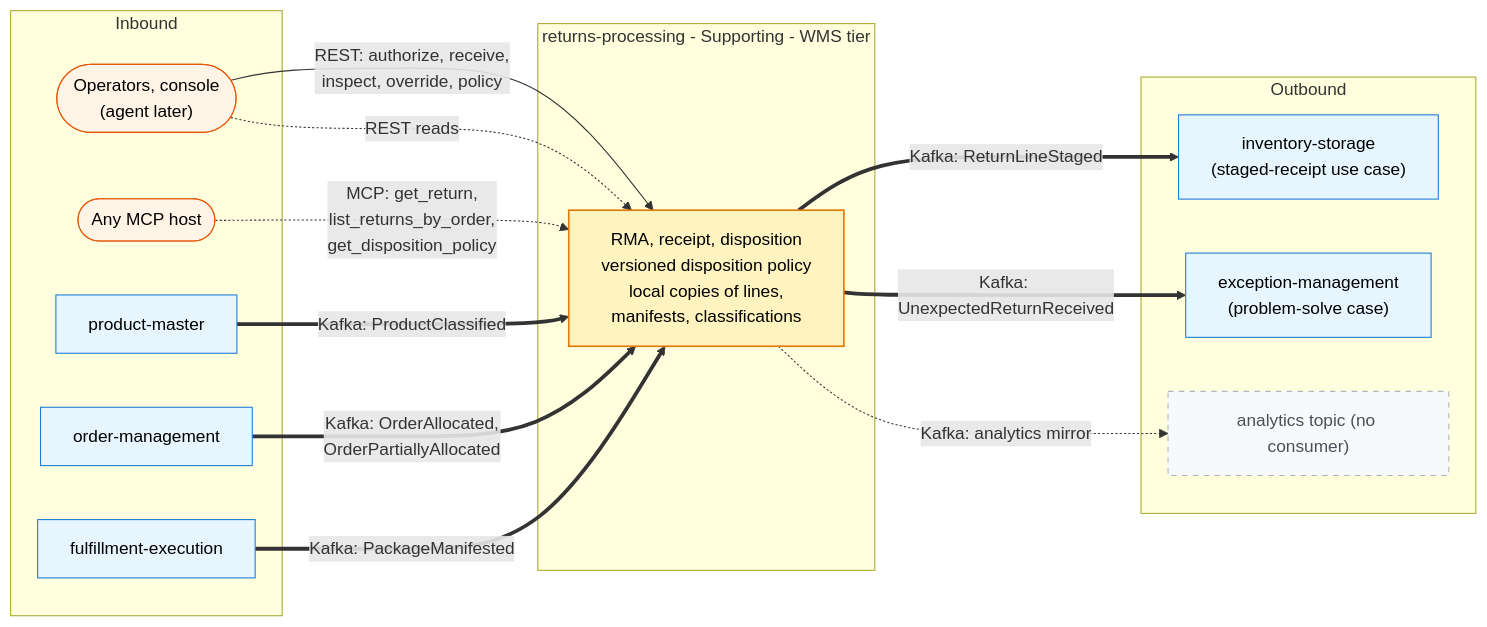
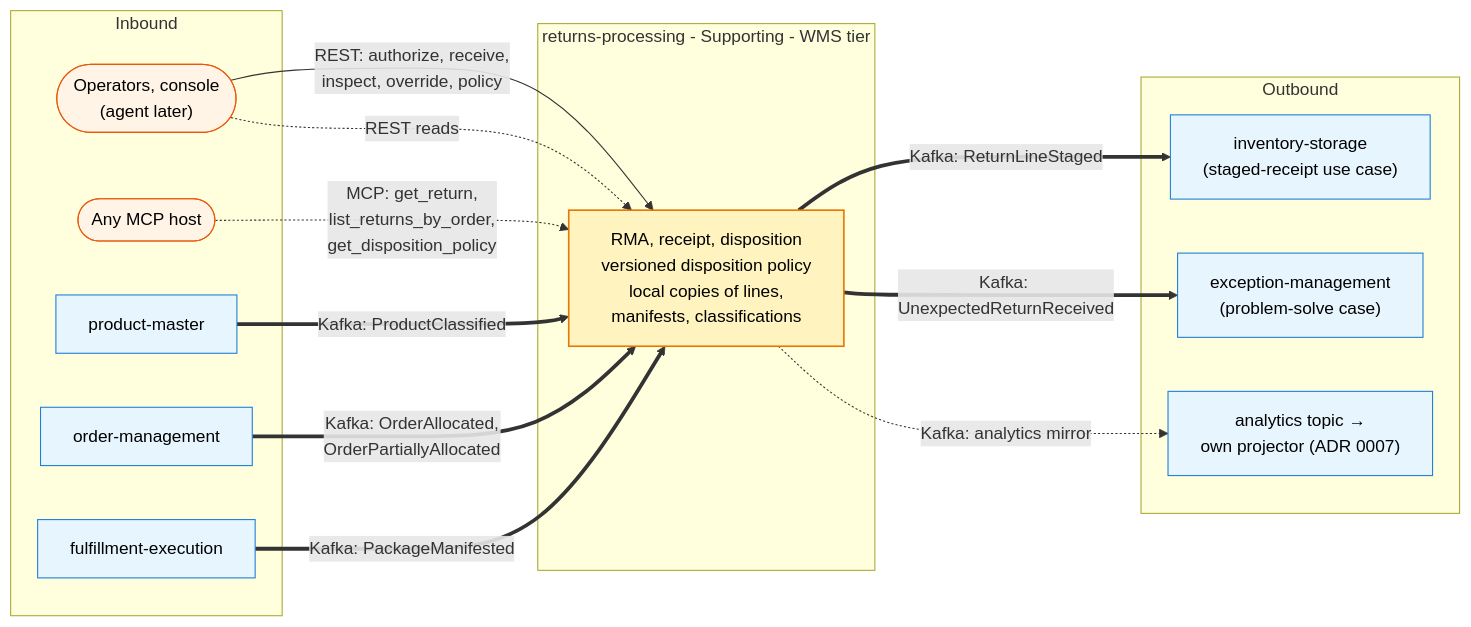
One commit to IQVO/returns-processing changed the diagram in docs/docs/ddd/bounded-context-canvas.md. Above: the diagram before and after it, drawn with Mermaid. The commit also changed other lines of this file and 9 other files, not shown here.

First line of the commit message:
docs(analytics): the analytics page, ADR 0007 and the analytics channel in the contract

````diff
--- a/docs/docs/ddd/bounded-context-canvas.md
+++ b/docs/docs/ddd/bounded-context-canvas.md
@@ -16,31 +16,31 @@
 ```mermaid
 flowchart LR
     classDef ctx fill:#e7f5ff,stroke:#1c7ed6,color:#000
     classDef actor fill:#fff4e6,stroke:#e8590c,color:#000
     classDef planned fill:#f8f9fa,stroke:#adb5bd,stroke-dasharray:5 5,color:#495057
     classDef bc fill:#fff3bf,stroke:#e67700,stroke-width:1.5px,color:#000
     subgraph IN["Inbound"]
         ops(["Operators, console<br/>(agent later)"]):::actor
         mcp(["Any MCP host"]):::actor
         pm["product-master"]:::ctx
         om["order-management"]:::ctx
         fe["fulfillment-execution"]:::ctx
     end
     subgraph BC["returns-processing - Supporting - WMS tier"]
         core["RMA, receipt, disposition<br/>versioned disposition policy<br/>local copies of lines,<br/>manifests, classifications"]:::bc
     end
     subgraph OUT["Outbound"]
         inv["inventory-storage<br/>(staged-receipt use case)"]:::ctx
         exc["exception-management<br/>(problem-solve case)"]:::ctx
-        ana["analytics topic (no consumer)"]:::planned
+        ana["analytics topic →<br/>own projector (ADR 0007)"]:::ctx
     end
     ops -->|"REST: authorize, receive,<br/>inspect, override, policy"| core
     ops -.->|"REST reads"| core
     mcp -.->|"MCP: get_return,<br/>list_returns_by_order,<br/>get_disposition_policy"| core
     pm ==>|"Kafka: ProductClassified"| core
     om ==>|"Kafka: OrderAllocated,<br/>OrderPartiallyAllocated"| core
     fe ==>|"Kafka: PackageManifested"| core
     core ==>|"Kafka: ReturnLineStaged"| inv
     core ==>|"Kafka: UnexpectedReturnReceived"| exc
     core -.->|"Kafka: analytics mirror"| ana
 ```
````
